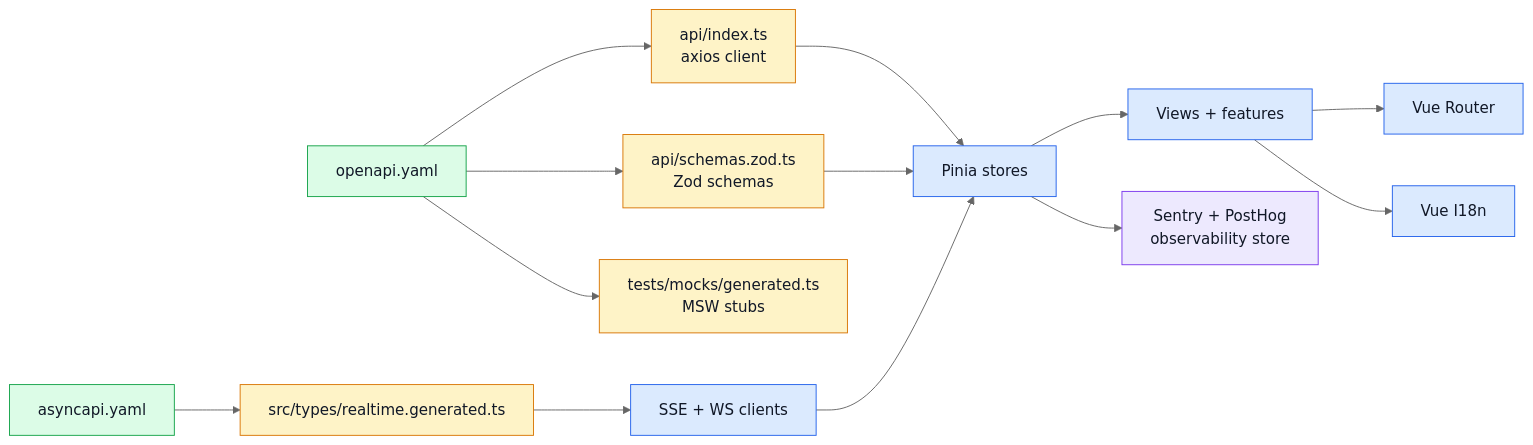
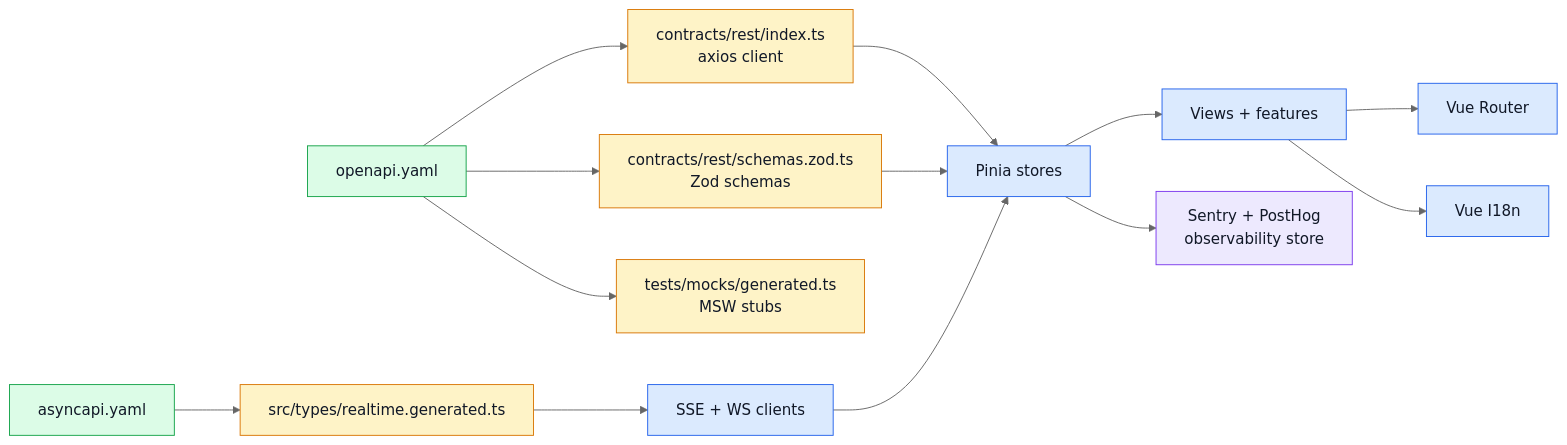
Before and after one commit to Guebbit/boilerplate-vue-frontend: the second of 2 diagrams in docs/index.md, drawn with Mermaid (neutral theme). The commit also changed 57 other files, not shown here.

````diff
--- a/docs/index.md
+++ b/docs/index.md
@@ -86,27 +86,27 @@
 ```mermaid
 %%{init: {'flowchart': {'nodeSpacing': 55, 'rankSpacing': 70}}}%%
 flowchart LR
-    OpenSpec[openapi.yaml] --> Client[api/index.ts\naxios client]
-    OpenSpec --> Schemas[api/schemas.zod.ts\nZod schemas]
+    OpenSpec[openapi.yaml] --> Client[contracts/rest/index.ts\naxios client]
+    OpenSpec --> Schemas[contracts/rest/schemas.zod.ts\nZod schemas]
     OpenSpec --> Mocks[tests/mocks/generated.ts\nMSW stubs]
     AsyncSpec[asyncapi.yaml] --> Realtime[src/types/realtime.generated.ts]
 
     Client --> Stores[Pinia stores]
     Schemas --> Stores
     Stores --> Views[Views + features]
     Views --> Router[Vue Router]
     Views --> I18N[Vue I18n]
     Realtime --> RTClients[SSE + WS clients]
     RTClients --> Stores
 
     Stores --> Obs[Sentry + PostHog\nobservability store]
 
     classDef contract fill:#dcfce7,stroke:#16a34a,color:#111827;
     classDef generated fill:#fef3c7,stroke:#d97706,color:#111827;
     classDef app fill:#dbeafe,stroke:#2563eb,color:#111827;
     classDef obs fill:#ede9fe,stroke:#7c3aed,color:#111827;
     class OpenSpec,AsyncSpec contract;
     class Client,Schemas,Mocks,Realtime generated;
     class Stores,Views,Router,I18N,RTClients app;
     class Obs obs;
 ```
````
